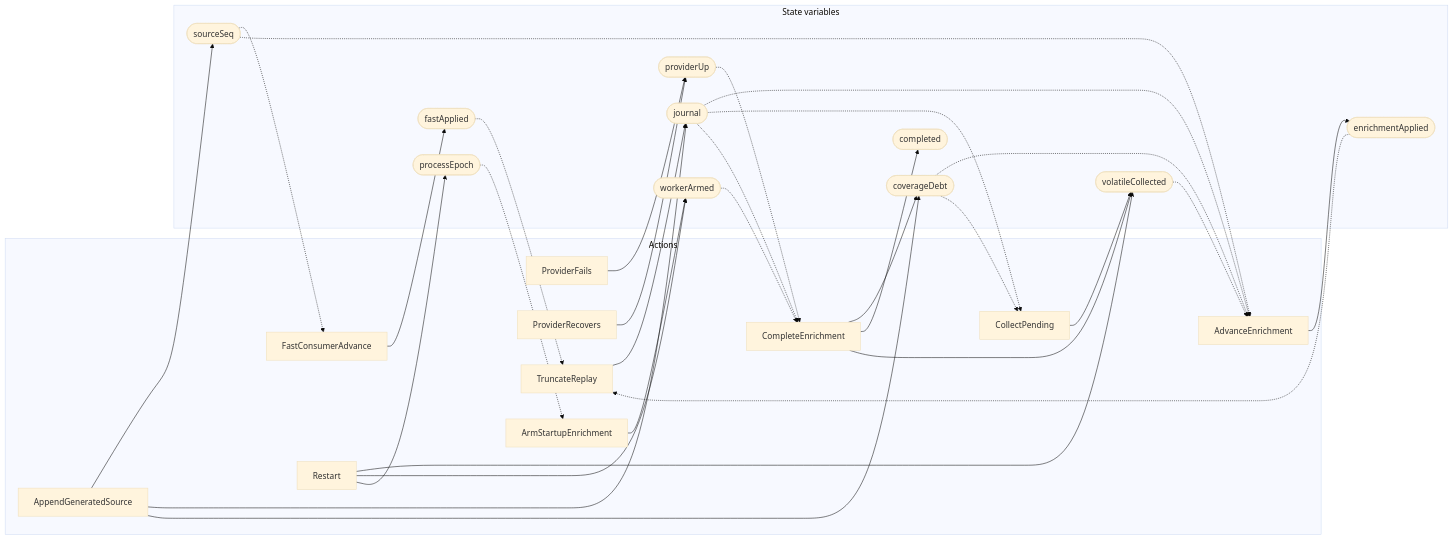
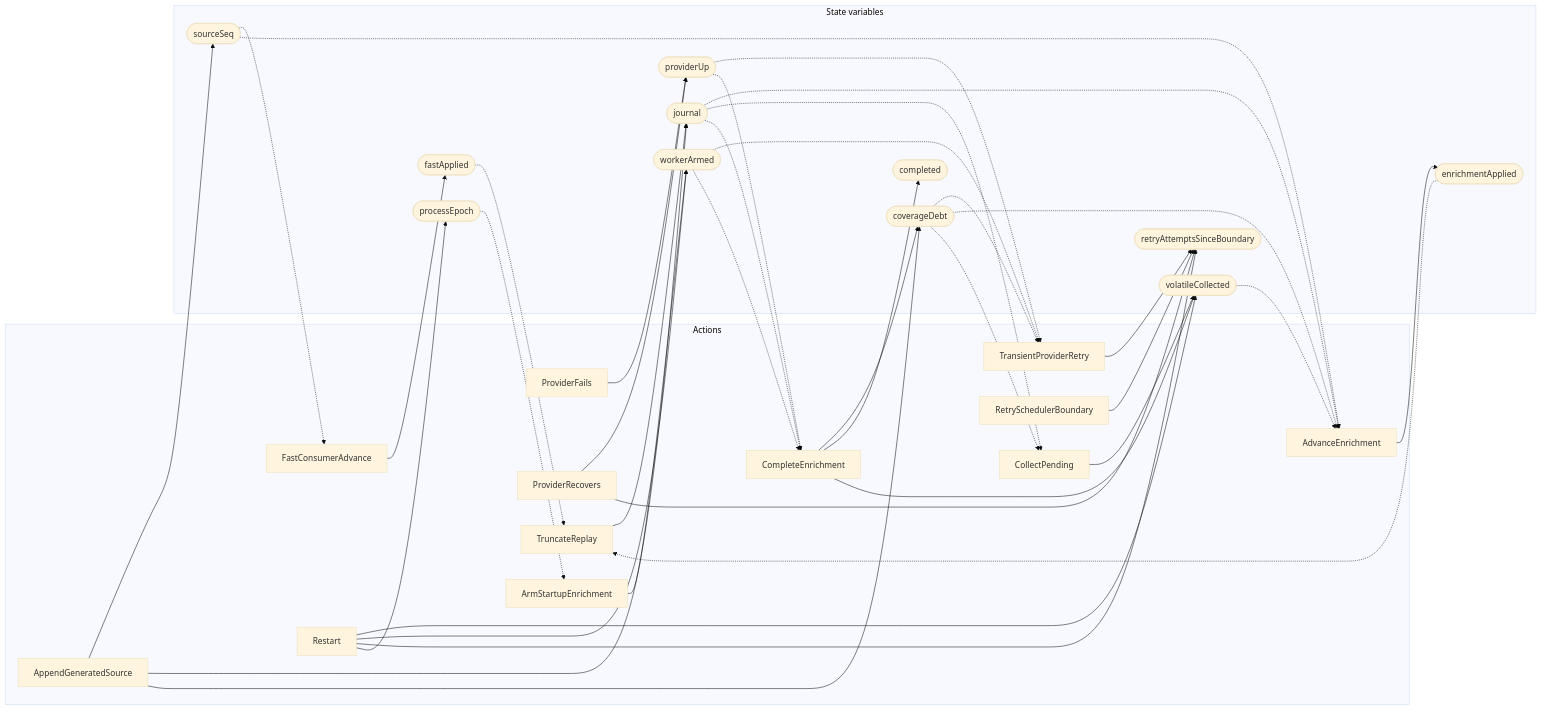
Before and after one commit to antflydb/antfly: the diagram in zig/specs/tla/diagrams/storage/db/AntflyReplayEnrichmentBridge.md, drawn with Mermaid (base theme). The commit also changed other lines of this file and 17 other files, not shown here.

````diff
--- a/zig/specs/tla/diagrams/storage/db/AntflyReplayEnrichmentBridge.md
+++ b/zig/specs/tla/diagrams/storage/db/AntflyReplayEnrichmentBridge.md
@@ -26,56 +28,66 @@
 ```mermaid
 flowchart LR
     subgraph actions["Actions"]
         a0[AppendGeneratedSource]
         a1[FastConsumerAdvance]
         a2[ProviderFails]
         a3[ProviderRecovers]
-        a4[AdvanceEnrichment]
-        a5[Restart]
-        a6[ArmStartupEnrichment]
-        a7[CollectPending]
-        a8[CompleteEnrichment]
-        a9[TruncateReplay]
+        a4[TransientProviderRetry]
+        a5[RetrySchedulerBoundary]
+        a6[AdvanceEnrichment]
+        a7[Restart]
+        a8[ArmStartupEnrichment]
+        a9[CollectPending]
+        a10[CompleteEnrichment]
+        a11[TruncateReplay]
     end
     subgraph state["State variables"]
         v0([sourceSeq])
         v1([journal])
         v2([coverageDebt])
         v3([fastApplied])
         v4([providerUp])
-        v5([enrichmentApplied])
-        v6([volatileCollected])
-        v7([workerArmed])
-        v8([processEpoch])
-        v9([completed])
+        v5([retryAttemptsSinceBoundary])
+        v6([workerArmed])
+        v7([enrichmentApplied])
+        v8([volatileCollected])
+        v9([processEpoch])
+        v10([completed])
     end
     a0 --> v0
     a0 --> v1
     a0 --> v2
     a1 --> v3
     v0 -.-> a1
     a2 --> v4
     a3 --> v4
+    a3 --> v5
     a4 --> v5
-    v0 -.-> a4
-    v1 -.-> a4
     v2 -.-> a4
+    v4 -.-> a4
     v6 -.-> a4
-    a5 --> v6
-    a5 --> v7
-    a5 --> v8
+    a5 --> v5
     a6 --> v7
+    v0 -.-> a6
+    v1 -.-> a6
+    v2 -.-> a6
     v8 -.-> a6
+    a7 --> v8
     a7 --> v6
-    v1 -.-> a7
-    v2 -.-> a7
-    a8 --> v2
-    a8 --> v9
+    a7 --> v5
+    a7 --> v9
     a8 --> v6
-    v1 -.-> a8
-    v4 -.-> a8
-    v7 -.-> a8
-    a9 --> v1
-    v3 -.-> a9
-    v5 -.-> a9
+    v9 -.-> a8
+    a9 --> v8
+    v1 -.-> a9
+    v2 -.-> a9
+    a10 --> v2
+    a10 --> v10
+    a10 --> v8
+    v1 -.-> a10
+    v4 -.-> a10
+    v6 -.-> a10
+    a11 --> v1
+    v3 -.-> a11
+    v7 -.-> a11
 ```
````
